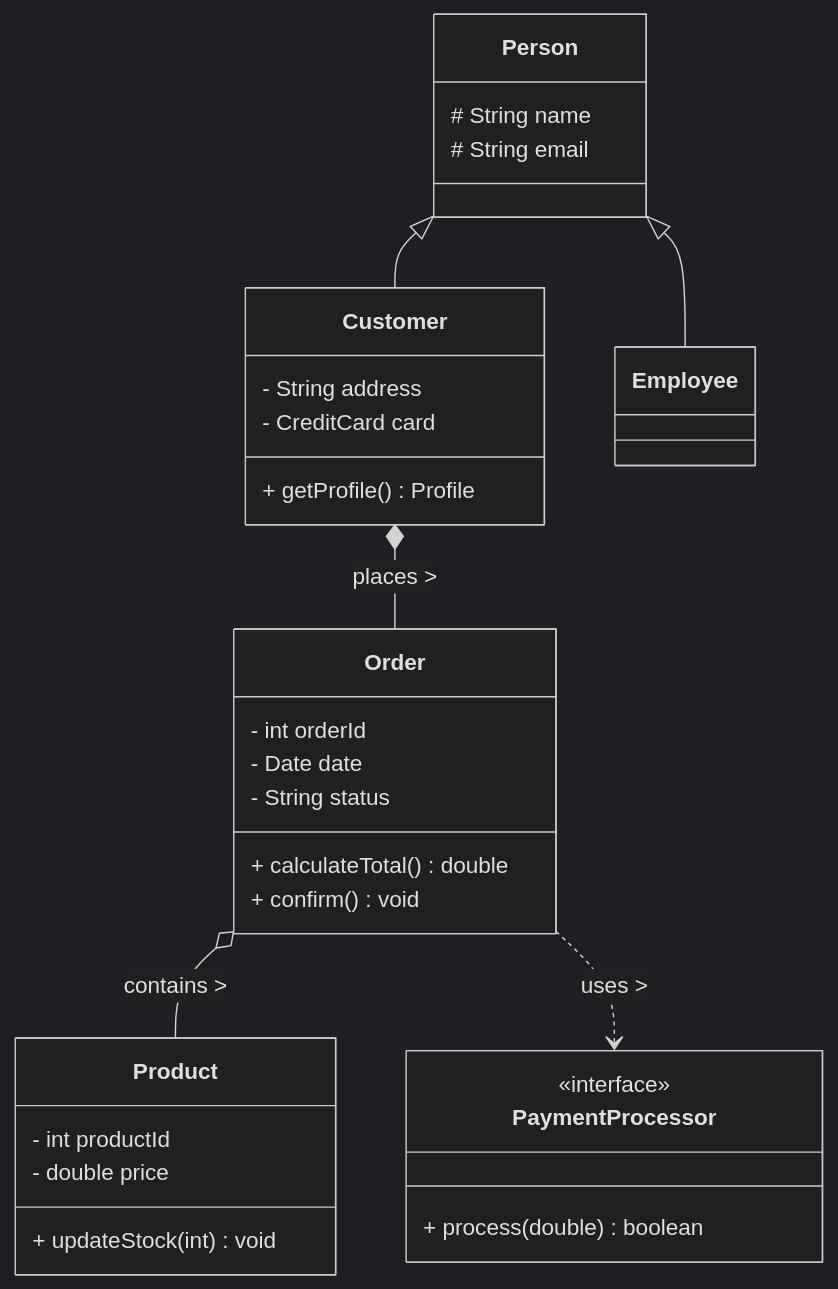
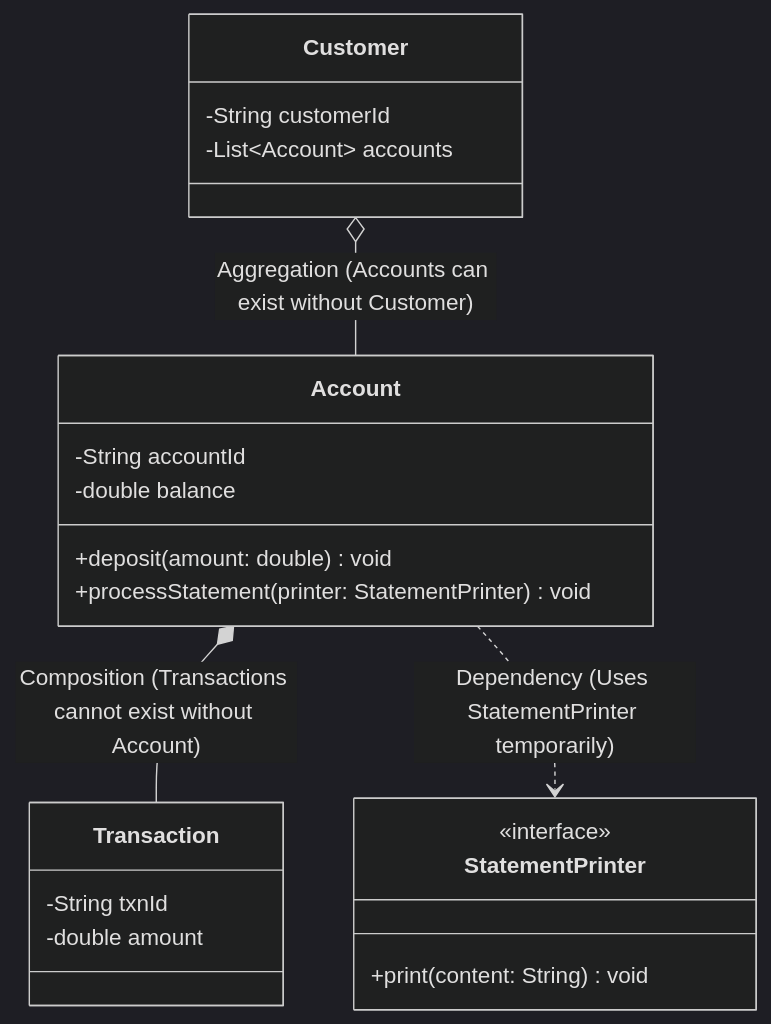
Before and after one commit to akshay-k-r/Interview-Prep-Resource: the diagram in src/pages/03-lld/uml/class-diagrams/index.mdx, drawn with Mermaid (dark theme). The commit also changed other lines of this file and 179 other files, not shown here.

````diff
--- a/src/pages/03-lld/uml/class-diagrams/index.mdx
+++ b/src/pages/03-lld/uml/class-diagrams/index.mdx
@@ -50,45 +41,25 @@
 ```mermaid
 classDiagram
-    %% Inheritance
-    Person <|-- Customer
-    Person <|-- Employee
-    
-    %% Composition (Order cannot exist without Customer)
-    Customer *-- Order : places >
-    
-    %% Aggregation (Products exist independently of an Order)
-    Order o-- Product : contains >
-    
-    %% Dependency
-    Order ..> PaymentProcessor : uses >
-    
-    class Person {
-        # String name
-        # String email
+    class Account {
+        -String accountId
+        -double balance
+        +deposit(amount: double) void
+        +processStatement(printer: StatementPrinter) void
     }
-    
     class Customer {
-        - String address
-        - CreditCard card
-        + getProfile() Profile
+        -String customerId
+        -List~Account~ accounts
     }
-    
-    class Order {
-        - int orderId
-        - Date date
-        - String status
-        + calculateTotal() double
-        + confirm() void
+    class Transaction {
+        -String txnId
+        -double amount
     }
-    
-    class Product {
-        - int productId
-        - double price
-        + updateStock(int) void
+    class StatementPrinter {
+        <<interface>>
+        +print(content: String) void
     }
-    
-    class PaymentProcessor {
-        <<interface>>
-        + process(double) boolean
-    }
+
+    Customer o-- Account : Aggregation (Accounts can exist without Customer)
+    Account *-- Transaction : Composition (Transactions cannot exist without Account)
+    Account ..> StatementPrinter : Dependency (Uses StatementPrinter temporarily)
 ```
````
